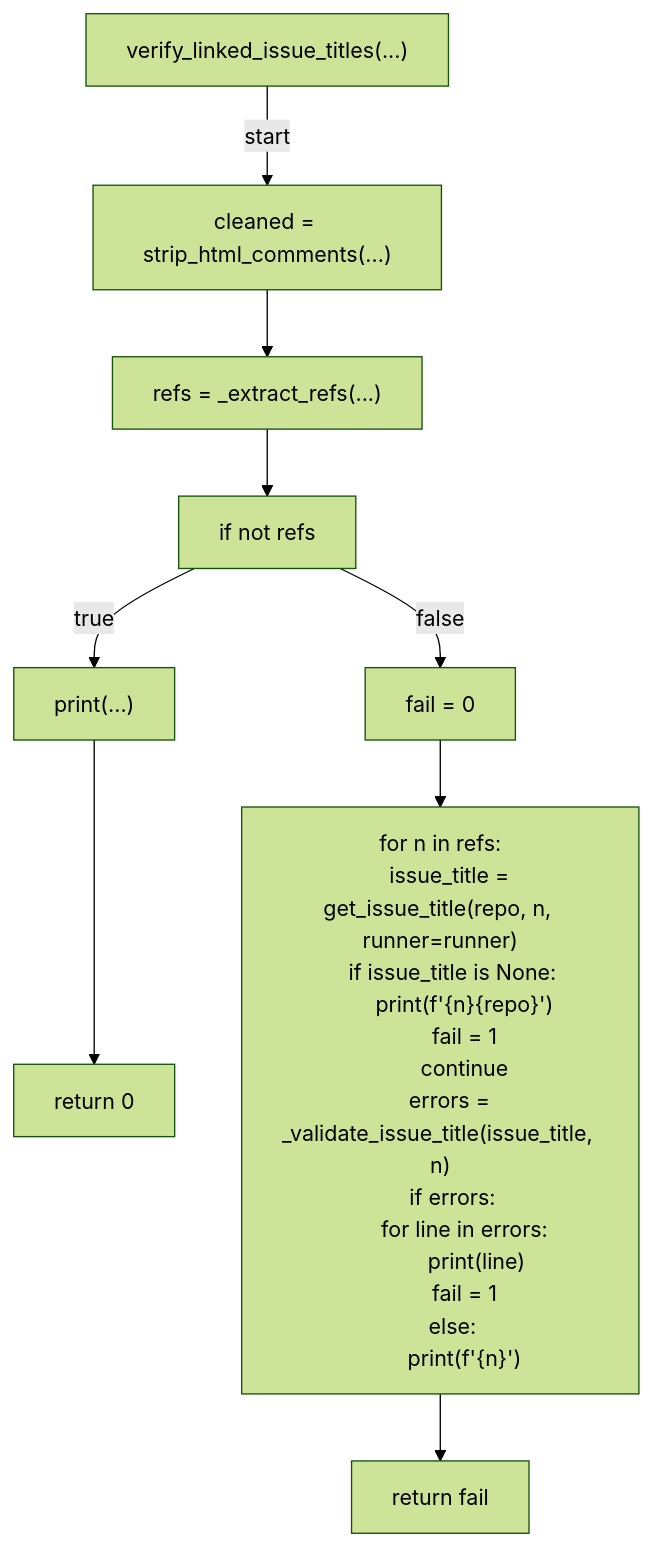
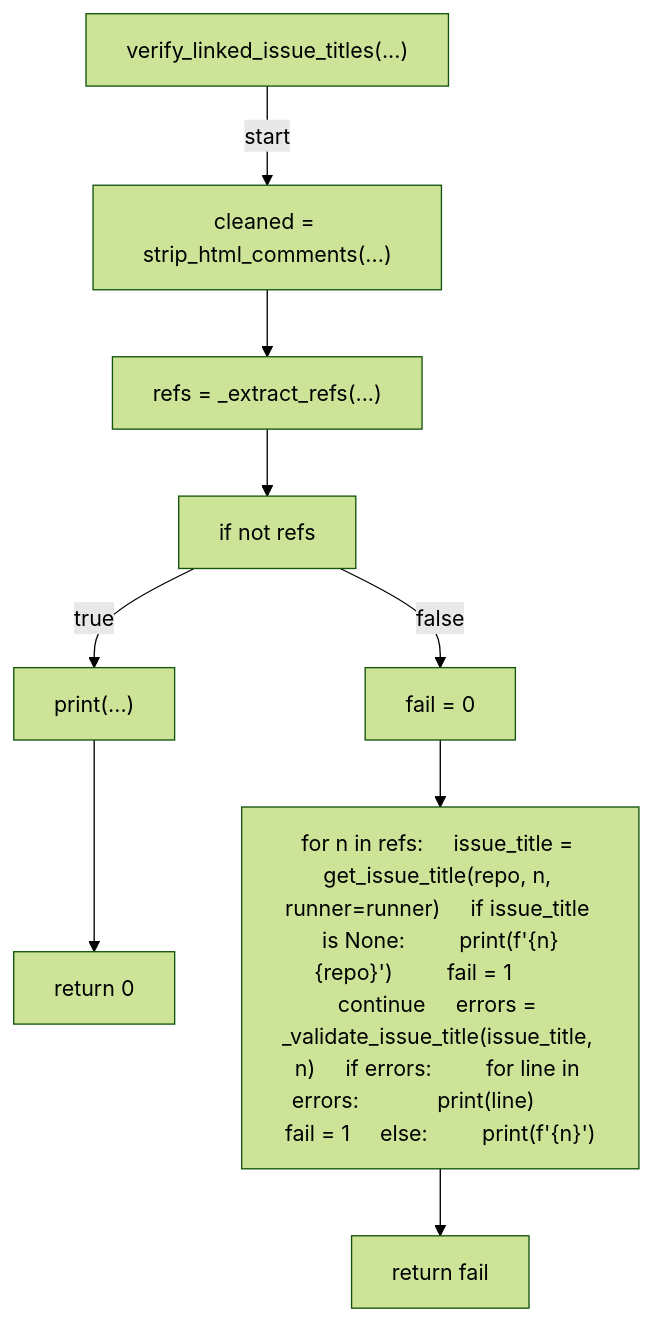
Before and after one commit to tvna/claude-md: the fourth of 6 diagrams in docs/generated/scripts/ast/verify_linked_issue_titles.md, drawn with Mermaid (forest theme). The commit also changed other lines of this file and 15 other files, not shown here.

First line of the commit message:
docs(generated): regenerate decision tree and workflow diagrams (batch 5/5)

````diff
--- a/docs/generated/scripts/ast/verify_linked_issue_titles.md
+++ b/docs/generated/scripts/ast/verify_linked_issue_titles.md
@@ -80,32 +78,20 @@
 ```mermaid
 flowchart TD
     N001["verify_linked_issue_titles(...)"]
     N002["cleaned = strip_html_comments(...)"]
     N003["refs = _extract_refs(...)"]
     N004["if not refs"]
     N005["print(...)"]
     N006["return 0"]
     N007["fail = 0"]
-    N008["for n in refs:
-    issue_title = get_issue_title(repo, n, runner=runner)
-    if issue_title is None:
-        print(f'<str>{n}<str>{repo}<str>')
-        fail = 1
-        continue
-    errors = _validate_issue_title(issue_title, n)
-    if errors:
-        for line in errors:
-            print(line)
-        fail = 1
-    else:
-        print(f'<str>{n}<str>')"]
+    N008["for n in refs:     issue_title = get_issue_title(repo, n, runner=runner)     if issue_title is None:         print(f'<str>{n}<str>{repo}<str>')         fail = 1         continue     errors = _validate_issue_title(issue_title, n)     if errors:         for line in errors:             print(line)         fail = 1     else:         print(f'<str>{n}<str>')"]
     N009["return fail"]
     N001 -->|"start"| N002
     N002 --> N003
     N003 --> N004
     N004 -->|"true"| N005
     N005 --> N006
     N004 -->|"false"| N007
     N007 --> N008
     N008 --> N009
 ```
````
